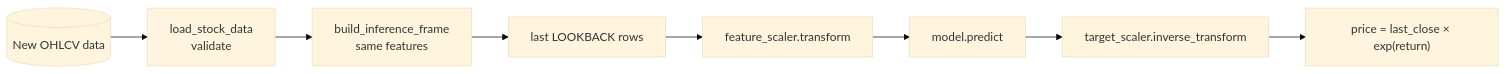
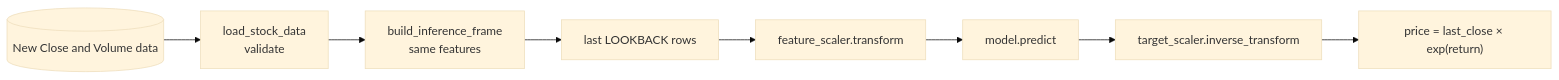
The diagram in docs/05_deployment.md (wences-psu/Stock_Price_DL), drawn with Mermaid (base theme) before and after one commit. The commit also changed other lines of this file and 8 other files, not shown here.

````diff
--- a/docs/05_deployment.md
+++ b/docs/05_deployment.md
@@ -34,10 +34,10 @@
 ```mermaid
 flowchart LR
-    new[(New OHLCV data)] --> load[load_stock_data<br/>validate]
+    new[(New Close and Volume data)] --> load[load_stock_data<br/>validate]
     load --> feat[build_inference_frame<br/>same features]
     feat --> win[last LOOKBACK rows]
     win --> scale[feature_scaler.transform]
     scale --> model[model.predict]
     model --> inv[target_scaler.inverse_transform]
     inv --> price["price = last_close × exp(return)"]
 ```
````
